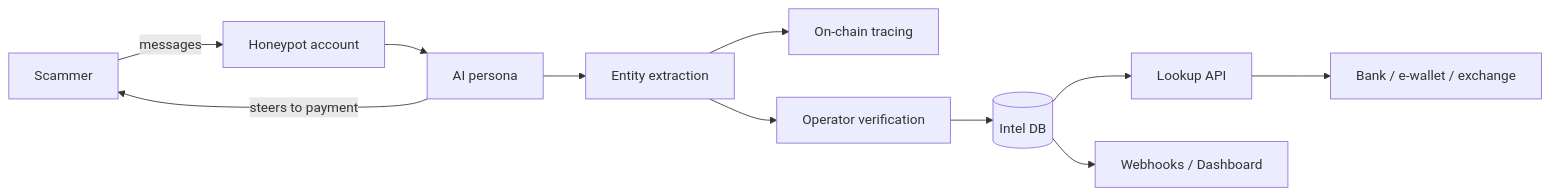
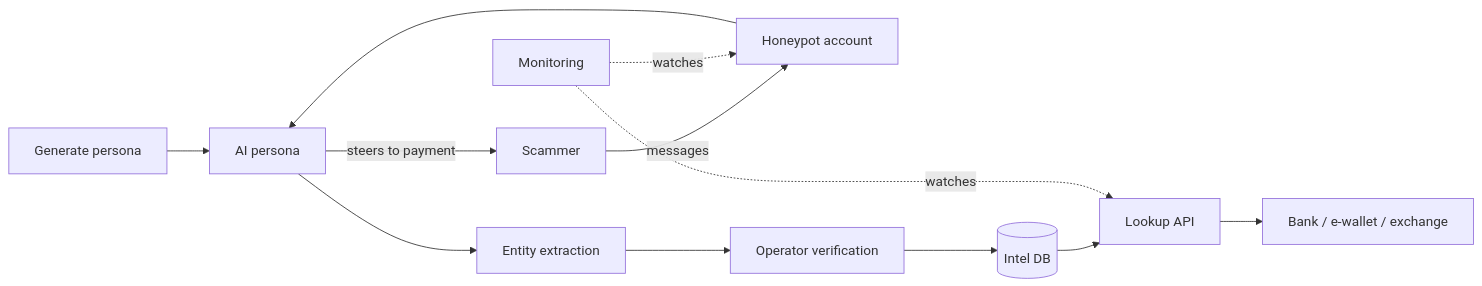
One commit to JaxzTan/Buru_AI changed the diagram in docs/PRD.md. Above: the diagram before and after it, drawn with Mermaid. The commit also changed other lines of this file and 6 other files, not shown here.

````diff
--- a/docs/PRD.md
+++ b/docs/PRD.md
@@ -90,13 +94,14 @@
 ```mermaid
 flowchart LR
+  G[Generate persona] --> P[AI persona]
   S[Scammer] -->|messages| H[Honeypot account]
-  H --> P[AI persona]
+  H --> P
   P -->|steers to payment| S
   P --> X[Entity extraction]
-  X --> T[On-chain tracing]
   X --> V[Operator verification]
   V --> DB[(Intel DB)]
   DB --> API[Lookup API]
-  DB --> W[Webhooks / Dashboard]
   API --> C[Bank / e-wallet / exchange]
+  M[Monitoring] -.watches.-> H
+  M -.watches.-> API
 ```
````
